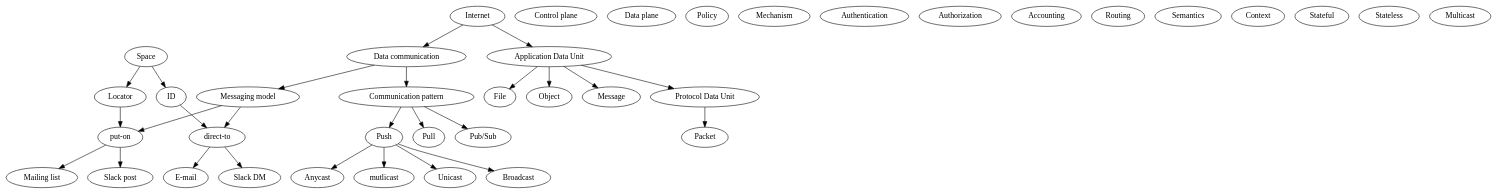
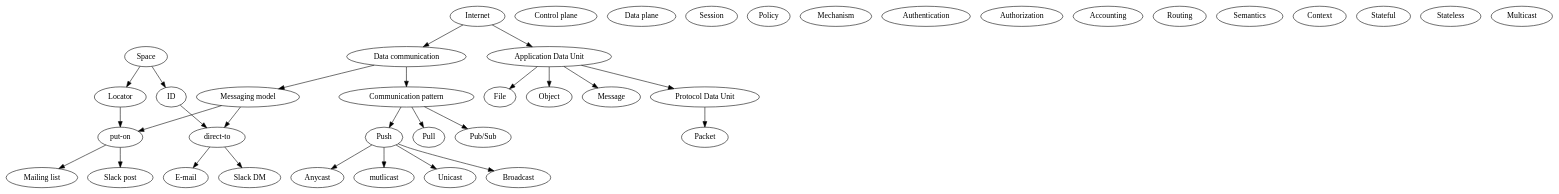
Before and after one commit to pixos/ic2: the diagram in mindmap.gv, drawn with Graphviz.

```diff
--- a/mindmap.gv
+++ b/mindmap.gv
@@ -1,83 +1,85 @@
 digraph graph_name {
 
   root [ label = "Internet" ];
   comm [ label = "Data communication" ];
   comm_push [ label = "Push" ];
   comm_pull [ label = "Pull" ];
   file [ label = "File" ];
   object [ label = "Object" ];
   message [ label = "Message" ];
   packet [ label = "Packet" ];
 
   adu [ label = "Application Data Unit" ];
   pdu [ label = "Protocol Data Unit" ];
 
   space [ label = "Space" ];
 
   id [ label = "ID" ];
   locator [ label = "Locator" ];
 
   cplane [ label = "Control plane" ];
   dplane [ label = "Data plane" ];
+
+  session [ label = "Session" ];
 
   policy [ label = "Policy" ];
   mechanism [ label = "Mechanism" ];
 
   authentication [ label = "Authentication" ];
   authorization [ label = "Authorization" ];
   accounting [ label = "Accounting" ];
 
   model [ label = "Messaging model" ];
   pattern [ label = "Communication pattern" ];
   directto [ label = "direct-to" ];
   puton [ label = "put-on" ];
 
   email [ label = "E-mail" ];
   mailinglist [ label = "Mailing list" ];
   slack [ label = "Slack post" ];
   slackdm [ label = "Slack DM" ];
 
   routing [ label = "Routing" ];
   semantics [ label = "Semantics" ];
   context [ label = "Context" ];
   stateful [ label = "Stateful" ];
   stateless [ label = "Stateless" ];
 
   pubsub [ label = "Pub/Sub" ];
   unicast [ label = "Unicast" ];
   multicast [ label = "Multicast" ];
   broadcast [ label = "Broadcast" ];
   anycast [ label = "Anycast" ];
 
   root -> adu;
   adu -> pdu;
   adu -> file;
   adu -> object;
   adu -> message;
   pdu -> packet;
 
   root -> comm;
 
   comm -> model;
   model -> directto;
   model -> puton;
   directto -> email;
   directto -> slackdm;
   puton -> slack;
   puton -> mailinglist;
 
   space -> id;
   space -> locator;
   id -> directto;
   locator -> puton;
 
   comm -> pattern;
   pattern -> pubsub;
   pattern -> comm_push;
   pattern -> comm_pull;
   comm_push -> unicast;
   comm_push -> mutlicast;
   comm_push -> broadcast;
   comm_push -> anycast;
 
 }
```
